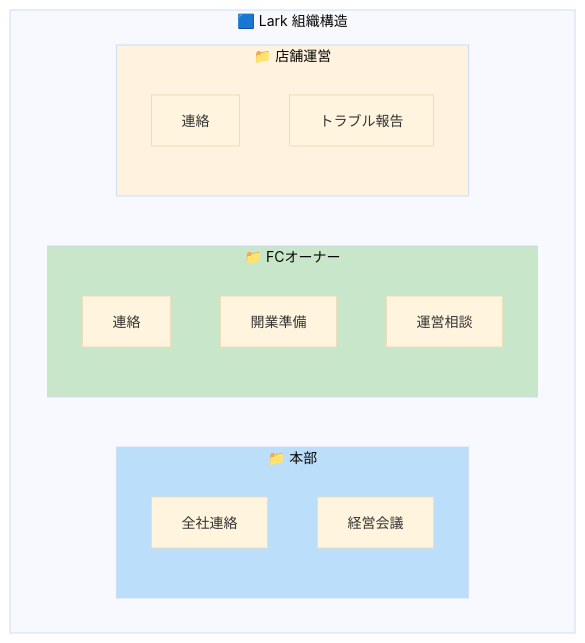
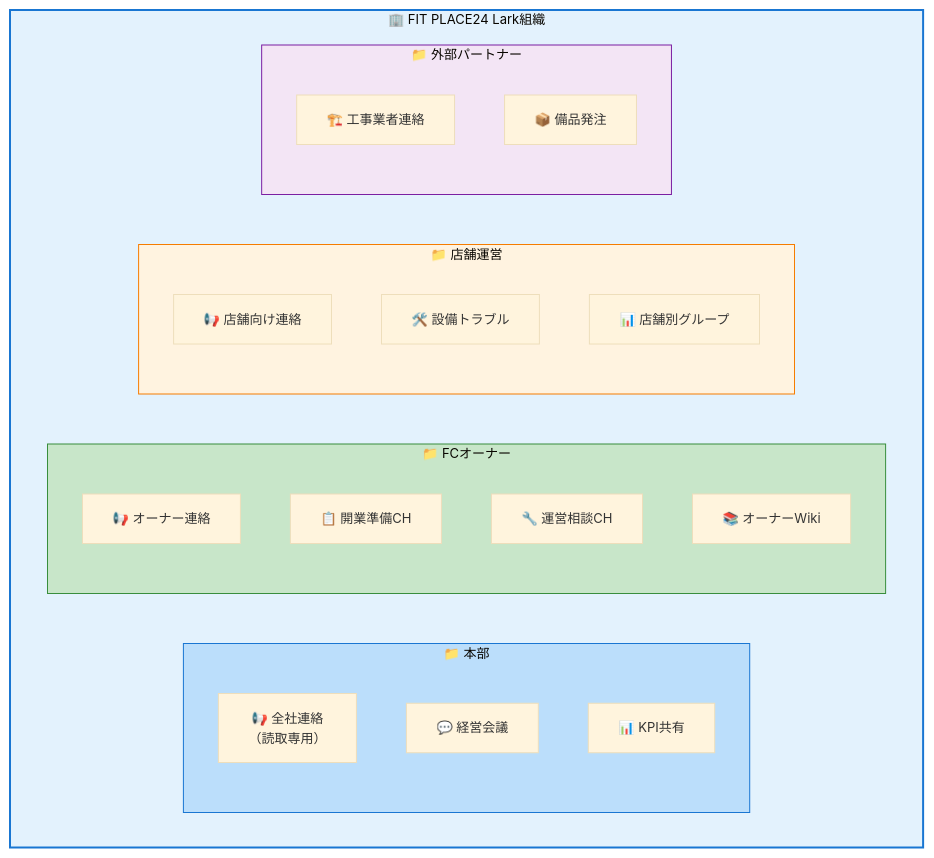
The eighth of 20 diagrams in docs/FITPLACE_LARK_PROPOSAL.md (PLark-droid/lark-proposal), drawn with Mermaid before and after one commit. The commit also changed other lines of this file, not shown here.

First line of the commit message:
docs: V1コンテンツベースにインフォグラフィック品質のMermaid図を適用

````diff
--- a/docs/FITPLACE_LARK_PROPOSAL.md
+++ b/docs/FITPLACE_LARK_PROPOSAL.md
@@ -228,25 +321,36 @@
 ```mermaid
-%%{init: {'theme': 'base', 'themeVariables': {'fontSize': '14px'}}}%%
+%%{init: {'theme': 'base', 'themeVariables': {'fontSize': '13px'}}}%%
 flowchart TB
-    subgraph org["🟦 Lark 組織構造"]
+    subgraph org["🏢 FIT PLACE24 Lark組織"]
+
         subgraph hq["📁 本部"]
-            H1["全社連絡"]
-            H2["経営会議"]
+            H1["📢 全社連絡<br/>（読取専用）"]
+            H2["💬 経営会議"]
+            H3["📊 KPI共有"]
         end
 
         subgraph fc["📁 FCオーナー"]
-            F1["連絡"]
-            F2["開業準備"]
-            F3["運営相談"]
+            F1["📢 オーナー連絡"]
+            F2["📋 開業準備CH"]
+            F3["🔧 運営相談CH"]
+            F4["📚 オーナーWiki"]
         end
 
         subgraph store["📁 店舗運営"]
-            S1["連絡"]
-            S2["トラブル報告"]
+            S1["📢 店舗向け連絡"]
+            S2["🛠️ 設備トラブル"]
+            S3["📊 店舗別グループ"]
+        end
+
+        subgraph partner["📁 外部パートナー"]
+            P1["🏗️ 工事業者連絡"]
+            P2["📦 備品発注"]
         end
     end
 
-    style hq fill:#bbdefb
-    style fc fill:#c8e6c9
-    style store fill:#fff3e0
+    style org fill:#e3f2fd,stroke:#1976d2,stroke-width:2px
+    style hq fill:#bbdefb,stroke:#1976d2
+    style fc fill:#c8e6c9,stroke:#388e3c
+    style store fill:#fff3e0,stroke:#f57c00
+    style partner fill:#f3e5f5,stroke:#7b1fa2
 ```
````
